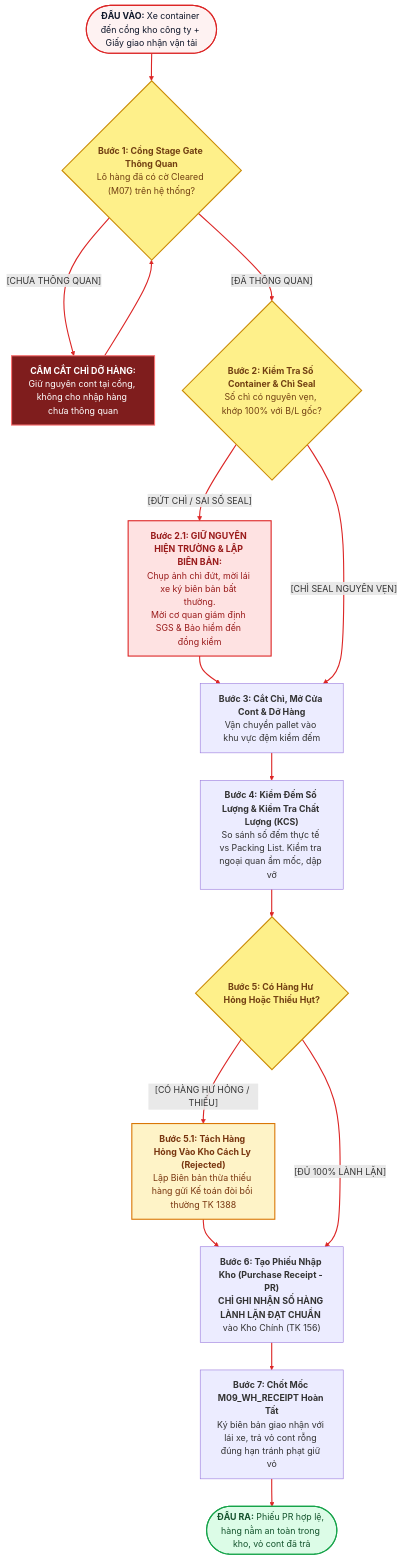
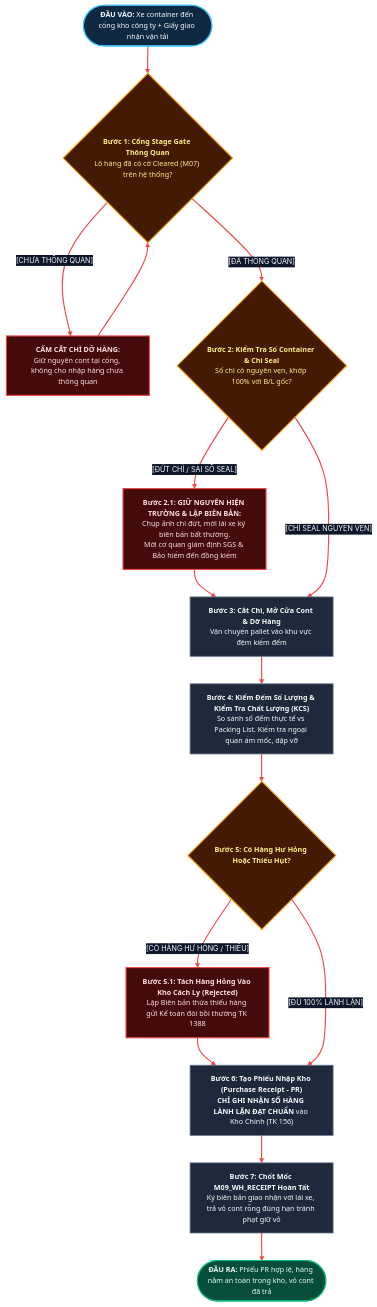
The seventh of 7 diagrams in LUONG_NGHIEP_VU_CAC_VAI_TRO_XUAT_NHAP_KHAU.md (capkimkhanh2k5/Logistics_ERPNext_RAG), drawn with Mermaid before and after one commit. The commit also changed other lines of this file, not shown here.

Commit message:
style: fix font-family css syntax to Segoe UI and standardize card styling across all diagrams

````diff
--- a/LUONG_NGHIEP_VU_CAC_VAI_TRO_XUAT_NHAP_KHAU.md
+++ b/LUONG_NGHIEP_VU_CAC_VAI_TRO_XUAT_NHAP_KHAU.md
@@ -368,48 +356,46 @@
 ```mermaid
 %%{init: {
   'theme': 'base',
   'themeVariables': {
-    'fontFamily': "'Inter', 'Segoe UI', -apple-system, Roboto, sans-serif",
+    'fontFamily': 'Segoe UI, Arial, sans-serif',
     'fontSize': '13px',
-    'primaryColor': '#FFFFFF',
-    'primaryTextColor': '#0F172A',
-    'primaryBorderColor': '#DC2626',
-    'lineColor': '#DC2626',
-    'edgeLabelBackground':'#FFFFFF'
+    'primaryColor': '#1E293B',
+    'primaryTextColor': '#F8FAFC',
+    'primaryBorderColor': '#EF4444',
+    'lineColor': '#EF4444',
+    'edgeLabelBackground': '#0F172A'
   }
 }}%%
 flowchart TD
-    W_IN(["<b>ĐẦU VÀO:</b> Xe container đến cổng kho công ty + Giấy giao nhận vận tải"]) --> W1
-    W1{"<b>Bước 1: Cổng Stage Gate Thông Quan</b><br>Lô hàng đã có cờ Cleared (M07) trên hệ thống?"}
+    classDef default fill:#1E293B,stroke:#64748B,stroke-width:1.5px,color:#F8FAFC,font-family:Segoe UI,Arial,sans-serif;
+    classDef decision fill:#451A03,stroke:#F59E0B,stroke-width:2px,color:#FEF08A,font-family:Segoe UI,Arial,sans-serif;
+    classDef input fill:#0F2942,stroke:#38BDF8,stroke-width:2px,color:#F8FAFC,font-family:Segoe UI,Arial,sans-serif;
+    classDef error fill:#450A0A,stroke:#EF4444,stroke-width:2px,color:#FEE2E2,font-family:Segoe UI,Arial,sans-serif;
+    classDef success fill:#064E3B,stroke:#10B981,stroke-width:2px,color:#ECFDF5,font-family:Segoe UI,Arial,sans-serif;
+
+    W_IN(["<b>ĐẦU VÀO:</b> Xe container đến cổng kho công ty + Giấy giao nhận vận tải"]):::input --> W1
+    W1{"<b>Bước 1: Cổng Stage Gate Thông Quan</b><br>Lô hàng đã có cờ Cleared (M07) trên hệ thống?"}:::decision
     
-    W1 -- "[CHƯA THÔNG QUAN]" --> W_BLOCK["<b>CẤM CẮT CHÌ DỠ HÀNG:</b><br>Giữ nguyên cont tại cổng, không cho nhập hàng chưa thông quan"]
+    W1 -- "[CHƯA THÔNG QUAN]" --> W_BLOCK["<b>CẤM CẮT CHÌ DỠ HÀNG:</b><br>Giữ nguyên cont tại cổng, không cho nhập hàng chưa thông quan"]:::error
     W_BLOCK --> W1
     
-    W1 -- "[ĐÃ THÔNG QUAN]" --> W2{"<b>Bước 2: Kiểm Tra Số Container & Chì Seal</b><br>Số chì có nguyên vẹn, khớp 100% với B/L gốc?"}
+    W1 -- "[ĐÃ THÔNG QUAN]" --> W2{"<b>Bước 2: Kiểm Tra Số Container & Chì Seal</b><br>Số chì có nguyên vẹn, khớp 100% với B/L gốc?"}:::decision
     
-    W2 -- "[ĐỨT CHÌ / SAI SỐ SEAL]" --> W_SURVEY["<b>Bước 2.1: GIỮ NGUYÊN HIỆN TRƯỜNG & LẬP BIÊN BẢN:</b><br>Chụp ảnh chì đứt, mời lái xe ký biên bản bất thường.<br>Mời cơ quan giám định SGS & Bảo hiểm đến đồng kiểm"] --> W3
+    W2 -- "[ĐỨT CHÌ / SAI SỐ SEAL]" --> W_SURVEY["<b>Bước 2.1: GIỮ NGUYÊN HIỆN TRƯỜNG & LẬP BIÊN BẢN:</b><br>Chụp ảnh chì đứt, mời lái xe ký biên bản bất thường.<br>Mời cơ quan giám định SGS & Bảo hiểm đến đồng kiểm"]:::error --> W3
     
     W2 -- "[CHÌ SEAL NGUYÊN VẸN]" --> W3["<b>Bước 3: Cắt Chì, Mở Cửa Cont & Dỡ Hàng</b><br>Vận chuyển pallet vào khu vực đệm kiểm đếm"] --> W4
     
     W4["<b>Bước 4: Kiểm Đếm Số Lượng & Kiểm Tra Chất Lượng (KCS)</b><br>So sánh số đếm thực tế vs Packing List. Kiểm tra ngoại quan ẩm mốc, dập vỡ"] --> W5
     
-    W5{"<b>Bước 5: Có Hàng Hư Hỏng Hoặc Thiếu Hụt?</b>"}
+    W5{"<b>Bước 5: Có Hàng Hư Hỏng Hoặc Thiếu Hụt?</b>"}:::decision
     
-    W5 -- "[CÓ HÀNG HƯ HỎNG / THIẾU]" --> W_SPLIT["<b>Bước 5.1: Tách Hàng Hỏng Vào Kho Cách Ly (Rejected)</b><br>Lập Biên bản thừa thiếu hàng gửi Kế toán đòi bồi thường TK 1388"] --> W6
+    W5 -- "[CÓ HÀNG HƯ HỎNG / THIẾU]" --> W_SPLIT["<b>Bước 5.1: Tách Hàng Hỏng Vào Kho Cách Ly (Rejected)</b><br>Lập Biên bản thừa thiếu hàng gửi Kế toán đòi bồi thường TK 1388"]:::error --> W6
     
     W5 -- "[ĐỦ 100% LÀNH LẶN]" --> W6["<b>Bước 6: Tạo Phiếu Nhập Kho (Purchase Receipt - PR)</b><br><b>CHỈ GHI NHẬN SỐ HÀNG LÀNH LẶN ĐẠT CHUẨN</b> vào Kho Chính (TK 156)"] --> W7
     
     W7["<b>Bước 7: Chốt Mốc M09_WH_RECEIPT Hoàn Tất</b><br>Ký biên bản giao nhận với lái xe, trả vỏ cont rỗng đúng hạn tránh phạt giữ vỏ"] --> W_OUT
     
-    W_OUT(["<b>ĐẦU RA:</b> Phiếu PR hợp lệ, hàng nằm an toàn trong kho, vỏ cont đã trả"])
+    W_OUT(["<b>ĐẦU RA:</b> Phiếu PR hợp lệ, hàng nằm an toàn trong kho, vỏ cont đã trả"]):::success
 
-    style W_IN fill:#FEF2F2,stroke:#DC2626,stroke-width:2px,color:#0F172A
-    style W1 fill:#FEF08A,stroke:#CA8A04,stroke-width:2px,color:#713F12
-    style W2 fill:#FEF08A,stroke:#CA8A04,stroke-width:2px,color:#713F12
-    style W5 fill:#FEF08A,stroke:#CA8A04,stroke-width:2px,color:#713F12
-    style W_BLOCK fill:#7F1D1D,stroke:#F87171,stroke-width:2px,color:#FFFFFF
-    style W_SURVEY fill:#FEE2E2,stroke:#DC2626,stroke-width:2px,color:#991B1B
-    style W_SPLIT fill:#FEF3C7,stroke:#D97706,stroke-width:2px,color:#78350F
-    style W_OUT fill:#DCFCE7,stroke:#16A34A,stroke-width:2px,color:#14532D
-    linkStyle default stroke:#DC2626,stroke-width:2px;
+    linkStyle default stroke:#EF4444,stroke-width:2px;
 ```
````
